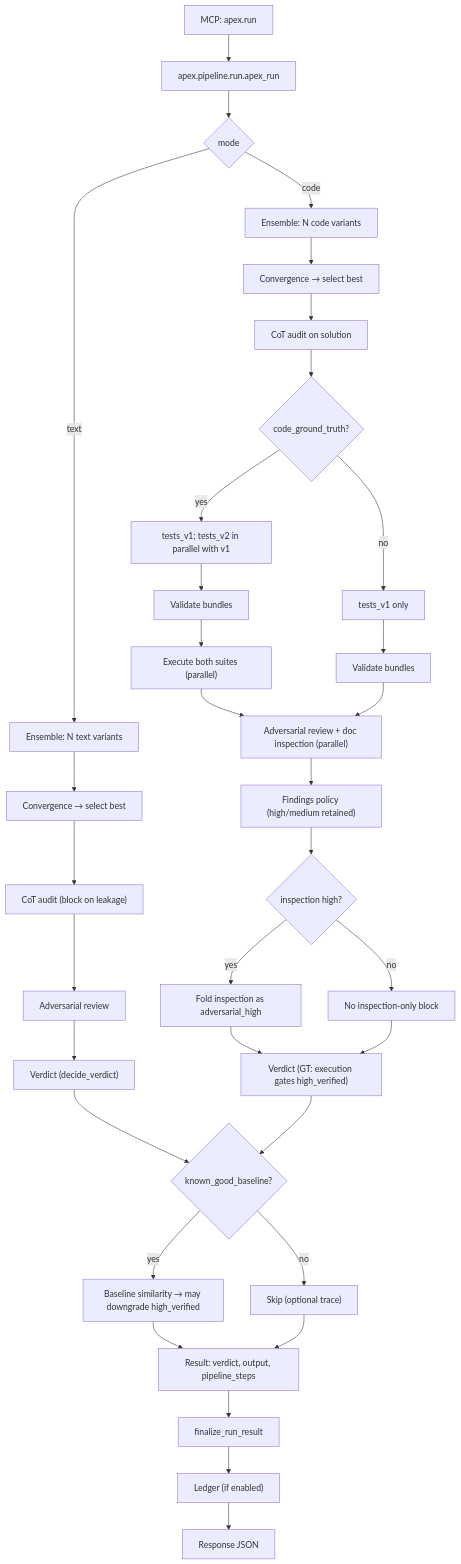
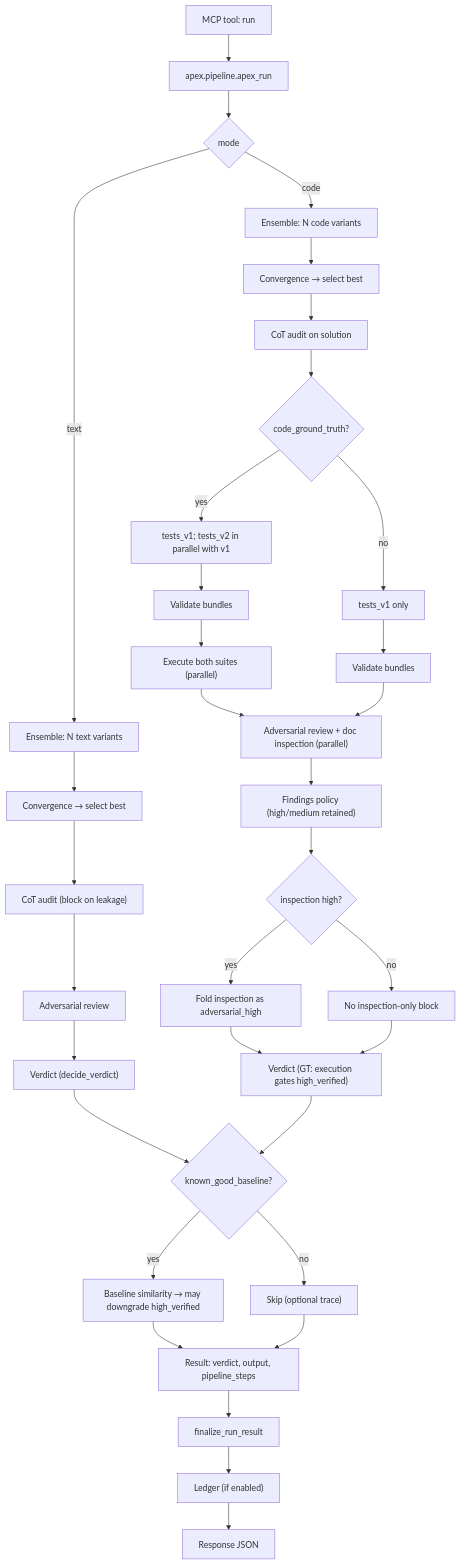
Before and after one commit to Alphabetsoup16/apex: the diagram in docs/flow.md, drawn with Mermaid. The commit also changed 26 other files, not shown here.

````diff
--- a/docs/flow.md
+++ b/docs/flow.md
@@ -5,40 +5,40 @@
 ```mermaid
 flowchart TD
-  A["MCP: apex.run"] --> B["apex.pipeline.run.apex_run"]
+  A["MCP tool: run"] --> B["apex.pipeline.apex_run"]
 
   B --> C{mode}
   C -->|text| T1["Ensemble: N text variants"]
   T1 --> T2["Convergence → select best"]
   T2 --> T3["CoT audit (block on leakage)"]
   T3 --> T4["Adversarial review"]
   T4 --> V_TEXT["Verdict (decide_verdict)"]
 
   C -->|code| C1["Ensemble: N code variants"]
   C1 --> C2["Convergence → select best"]
   C2 --> C3["CoT audit on solution"]
   C3 --> C4{code_ground_truth?}
   C4 -->|yes| C5["tests_v1; tests_v2 in parallel with v1"]
   C5 --> C6["Validate bundles"]
   C6 --> C7["Execute both suites (parallel)"]
   C4 -->|no| C8["tests_v1 only"]
   C8 --> C9["Validate bundles"]
   C7 --> C10["Adversarial review + doc inspection (parallel)"]
   C9 --> C10
   C10 --> C10b["Findings policy (high/medium retained)"]
   C10b --> C11{inspection high?}
   C11 -->|yes| C12["Fold inspection as adversarial_high"]
   C11 -->|no| C13["No inspection-only block"]
   C12 --> V_CODE["Verdict (GT: execution gates high_verified)"]
   C13 --> V_CODE
 
   V_TEXT --> BL{known_good_baseline?}
   V_CODE --> BL
   BL -->|yes| BL_CMP["Baseline similarity → may downgrade high_verified"]
   BL -->|no| BL_SKIP["Skip (optional trace)"]
   BL_CMP --> OUTA["Result: verdict, output, pipeline_steps"]
   BL_SKIP --> OUTA
 
   OUTA --> FIN["finalize_run_result"]
   FIN --> LED["Ledger (if enabled)"]
   LED --> RET["Response JSON"]
 ```
````
